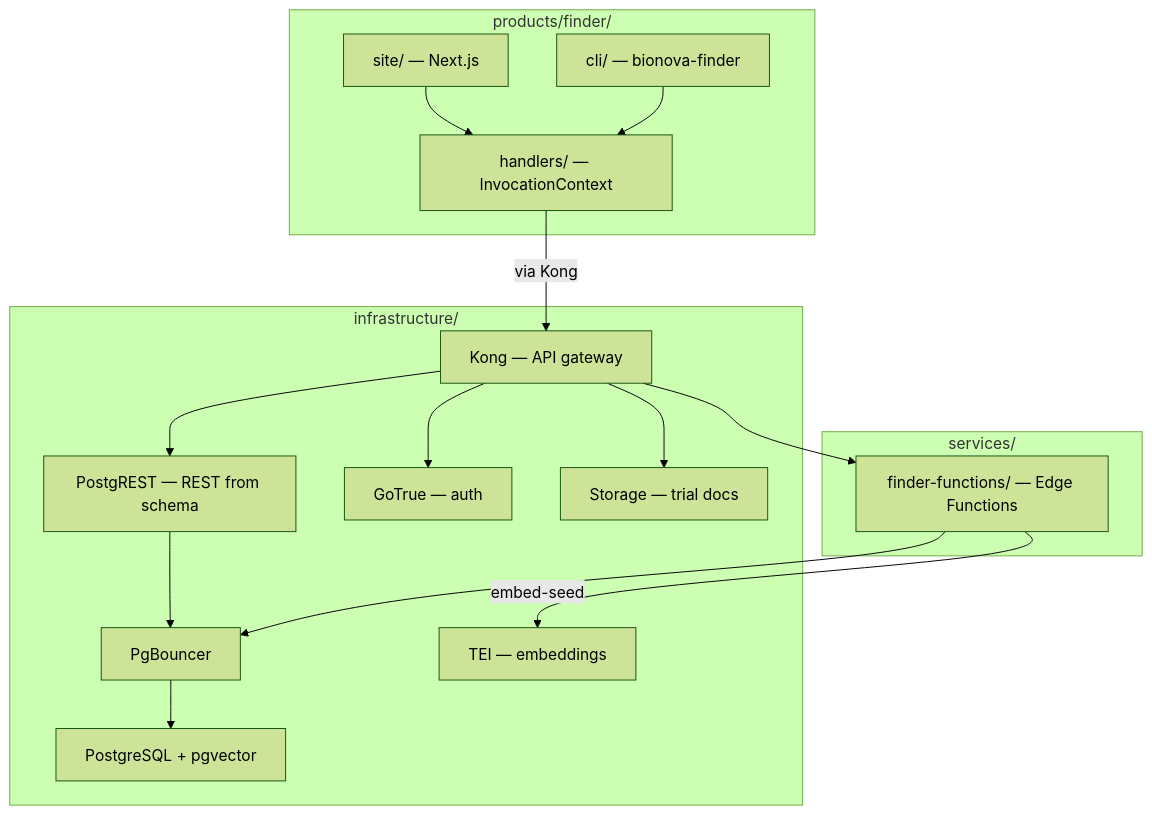
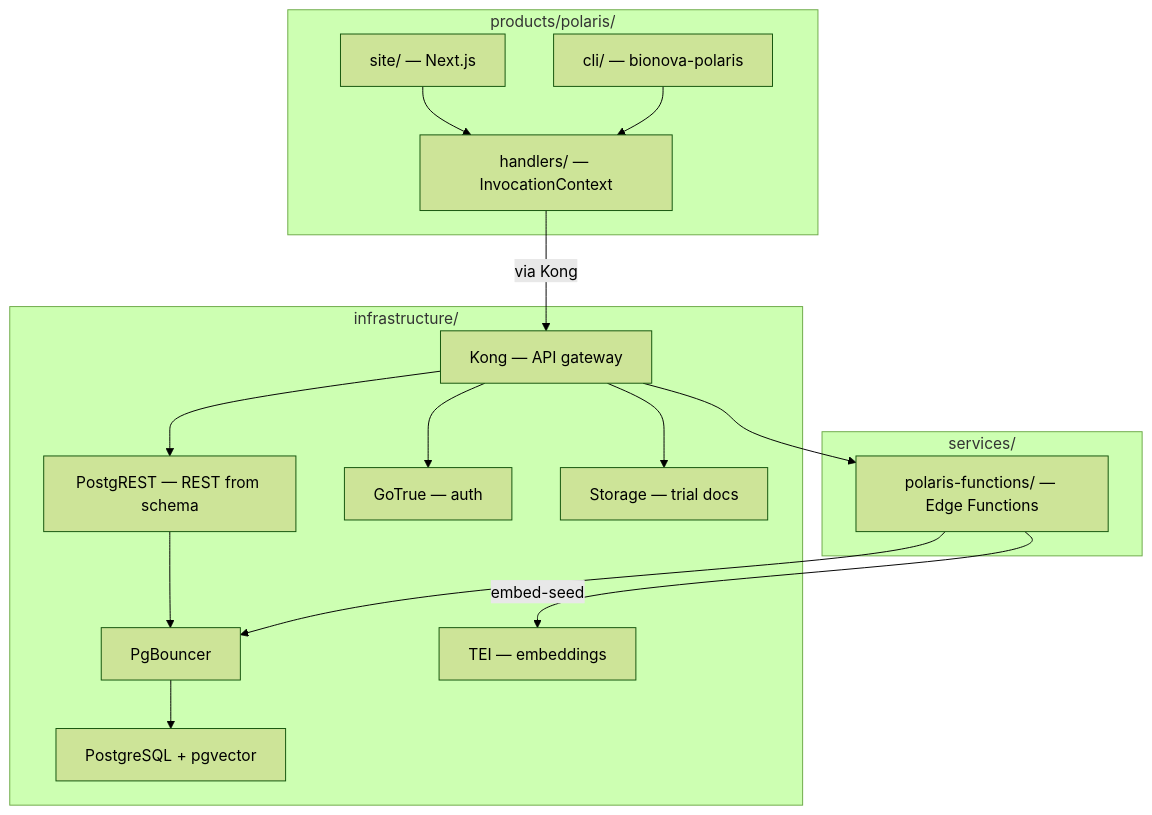
The diagram in specs/1160-bionova-finder-app/design-a.md (forwardimpact/monorepo), drawn with Mermaid (forest theme) before and after one commit. The commit also changed other lines of this file and 11 other files, not shown here.

First line of the commit message:
refactor(bionova): rename Finder to Polaris across spec 1160 and terrain

````diff
--- a/specs/1160-bionova-finder-app/design-a.md
+++ b/specs/1160-bionova-finder-app/design-a.md
@@ -19,33 +19,33 @@
 ```mermaid
 graph TD
-    subgraph "products/finder/"
+    subgraph "products/polaris/"
         site["site/ — Next.js"]
-        cli["cli/ — bionova-finder"]
+        cli["cli/ — bionova-polaris"]
         handlers["handlers/ — InvocationContext"]
     end
 
     subgraph "services/"
-        ef["finder-functions/ — Edge Functions"]
+        ef["polaris-functions/ — Edge Functions"]
     end
 
     subgraph "infrastructure/"
         kong["Kong — API gateway"]
         pg["PostgreSQL + pgvector"]
         pgb["PgBouncer"]
         prest["PostgREST — REST from schema"]
         gotrue["GoTrue — auth"]
         tei["TEI — embeddings"]
         store["Storage — trial docs"]
     end
 
     site --> handlers
     cli --> handlers
     handlers -->|via Kong| kong
     kong --> prest
     kong --> gotrue
     kong --> ef
     kong --> store
     prest --> pgb --> pg
     ef --> pgb
     ef -->|embed-seed| tei
 ```
````
